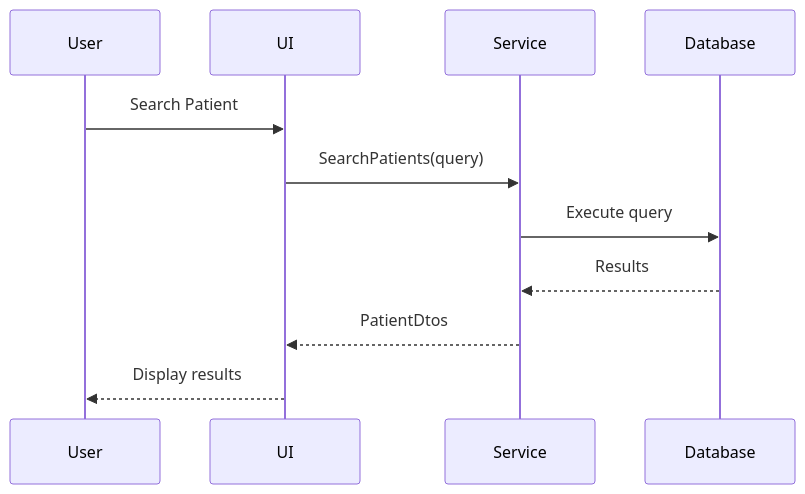
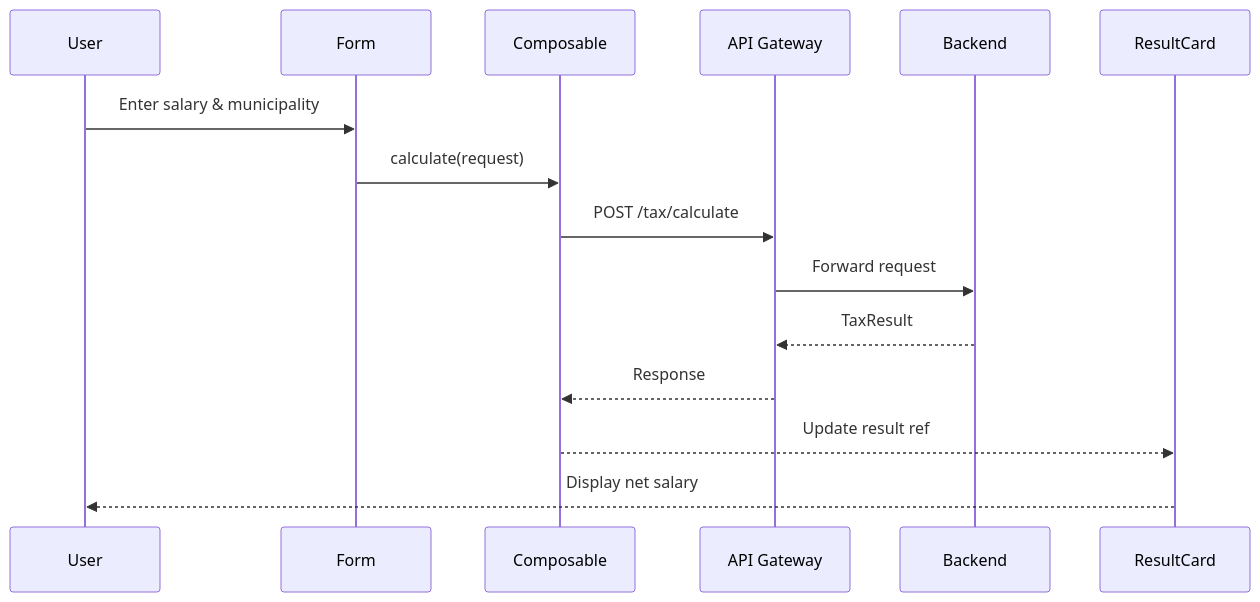
One commit to CarlssonOscar/netto-vue-frontend changed the third of 4 diagrams in .github/master-prompt-documentation.md. Above: the diagram before and after it, drawn with Mermaid. The commit also changed other lines of this file and 5 other files, not shown here.

````diff
--- a/.github/master-prompt-documentation.md
+++ b/.github/master-prompt-documentation.md
@@ -296,9 +298,11 @@
 ```mermaid
 sequenceDiagram
-    User->>UI: Search Patient
-    UI->>Service: SearchPatients(query)
-    Service->>Database: Execute query
-    Database-->>Service: Results
-    Service-->>UI: PatientDtos
-    UI-->>User: Display results
+    User->>Form: Enter salary & municipality
+    Form->>Composable: calculate(request)
+    Composable->>API Gateway: POST /tax/calculate
+    API Gateway->>Backend: Forward request
+    Backend-->>API Gateway: TaxResult
+    API Gateway-->>Composable: Response
+    Composable-->>ResultCard: Update result ref
+    ResultCard-->>User: Display net salary
 ```
````
